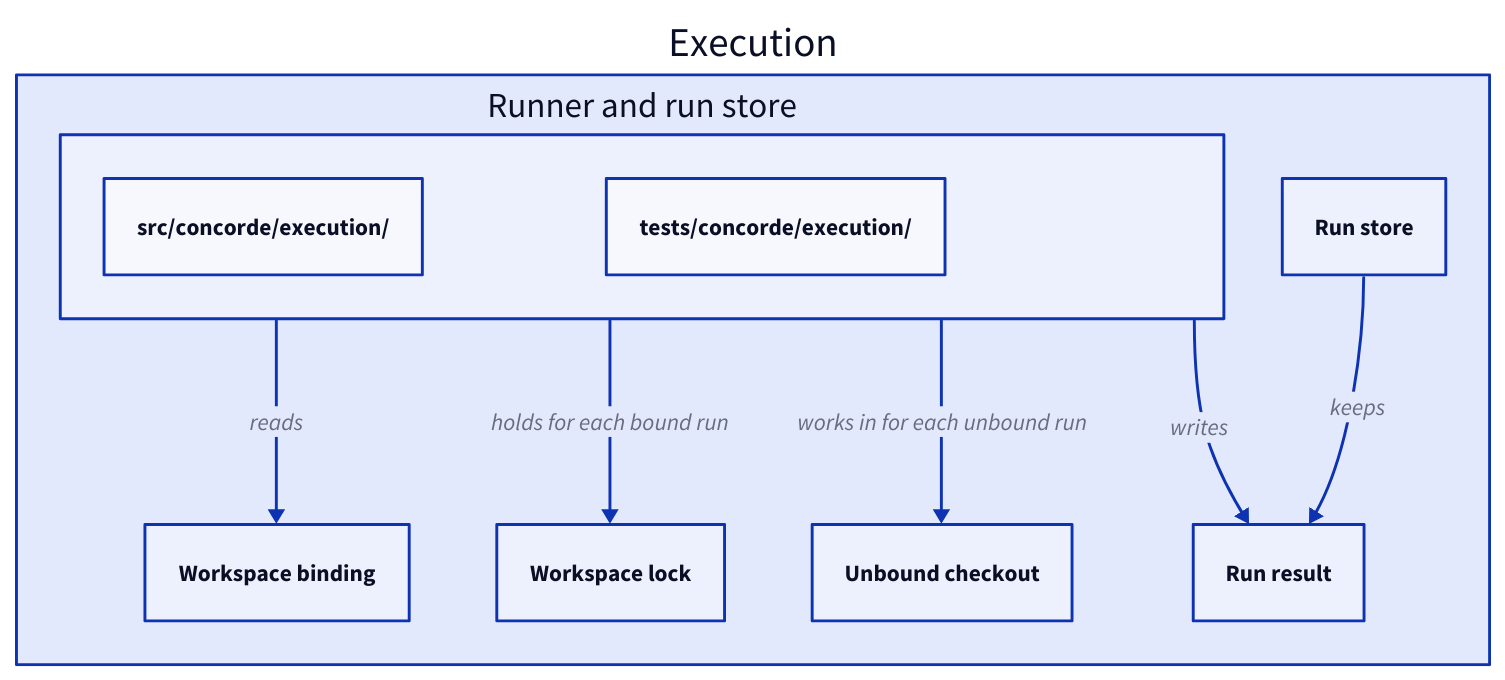
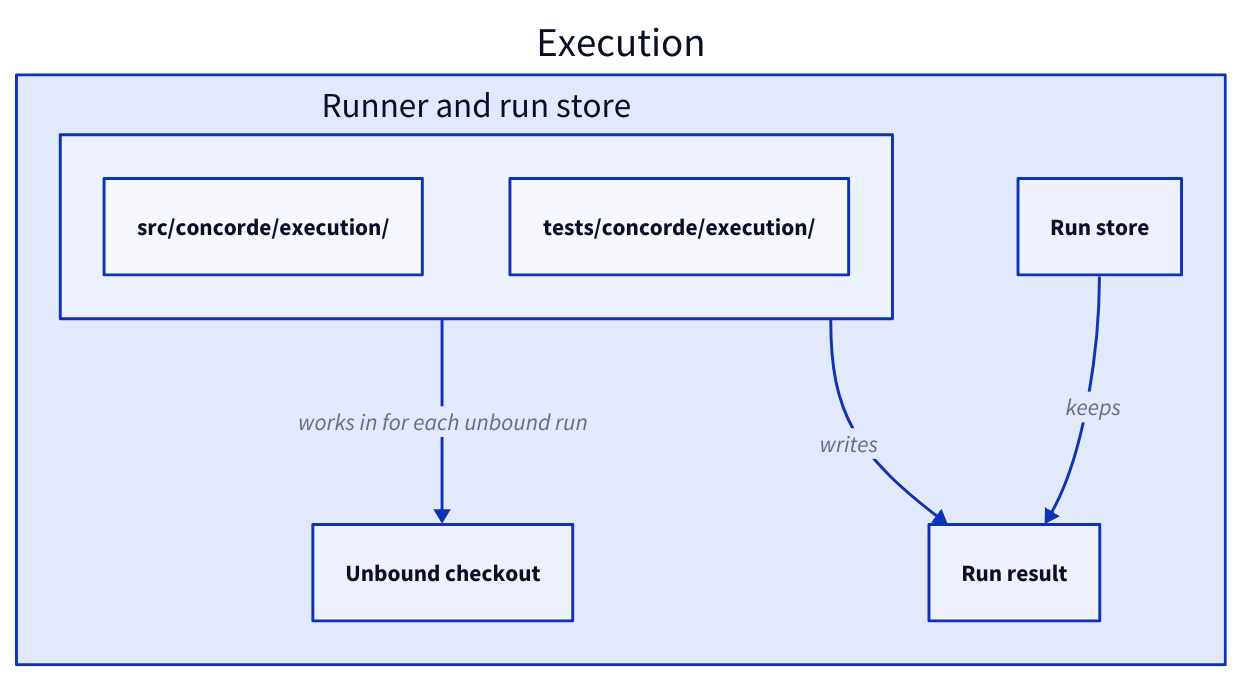
The fourth of 4 diagrams in specs/concorde/execution/module.md (FTOD/concorde), drawn with D2 before and after one commit. The commit also changed other lines of this file and 109 other files, not shown here.

````diff
--- a/specs/concorde/execution/module.md
+++ b/specs/concorde/execution/module.md
@@ -431,18 +430,14 @@
 ```d2
 execution: Execution {
   runner: Runner and run store {
     "src/concorde/execution/"
     "tests/concorde/execution/"
   }
-  binding: Workspace binding
   result: Run result
-  lock: Workspace lock
   store: Run store
   checkout: Unbound checkout
-  runner -> binding: reads
-  runner -> lock: holds for each bound run
   runner -> checkout: works in for each unbound run
   runner -> result: writes
   store -> result: keeps
 }
 ```
````
